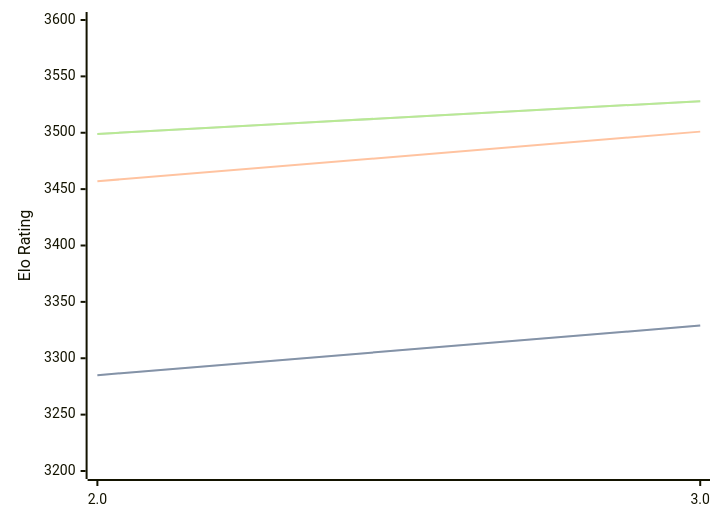
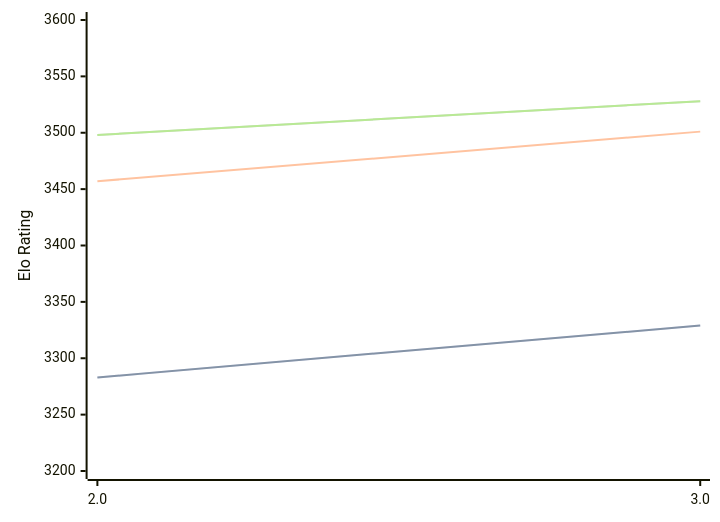
Before and after one commit to computer-chess-index/cci: the diagram in engines/Quanticade.md, drawn with Mermaid. The commit also changed other lines of this file, not shown here.

Commit message:
Update CCI Ratings (ELO VLTC) - 2026-06-07

````diff
--- a/engines/Quanticade.md
+++ b/engines/Quanticade.md
@@ -41,11 +41,11 @@
 ```mermaid
 %%{init: {"theme":"base","themeVariables":{"seriesColors:['#a3a3a3','#222221','#faa371']}}}%%
 xychart-beta
   x-axis ["2.0", "3.0"]
   y-axis "Elo Rating" 3200 --> 3600
-  line "STC (8.0+0.08s)" [3285, 3329]
-  line "STC (8.0+0.08s)" [3285, 3329]
+  line "STC (8.0+0.08s)" [3283, 3329]
+  line "STC (8.0+0.08s)" [3283, 3329]
   line "LTC (60.0+0.60s)" [3457, 3501]
-  line "VLTC (2m24s+1.12s)" [3499, 3528]
-  line "VLTC (2m24s+1.12s)" [3499, 3528]
+  line "VLTC (2m24s+1.12s)" [3498, 3528]
+  line "VLTC (2m24s+1.12s)" [3498, 3528]
 ```
````
